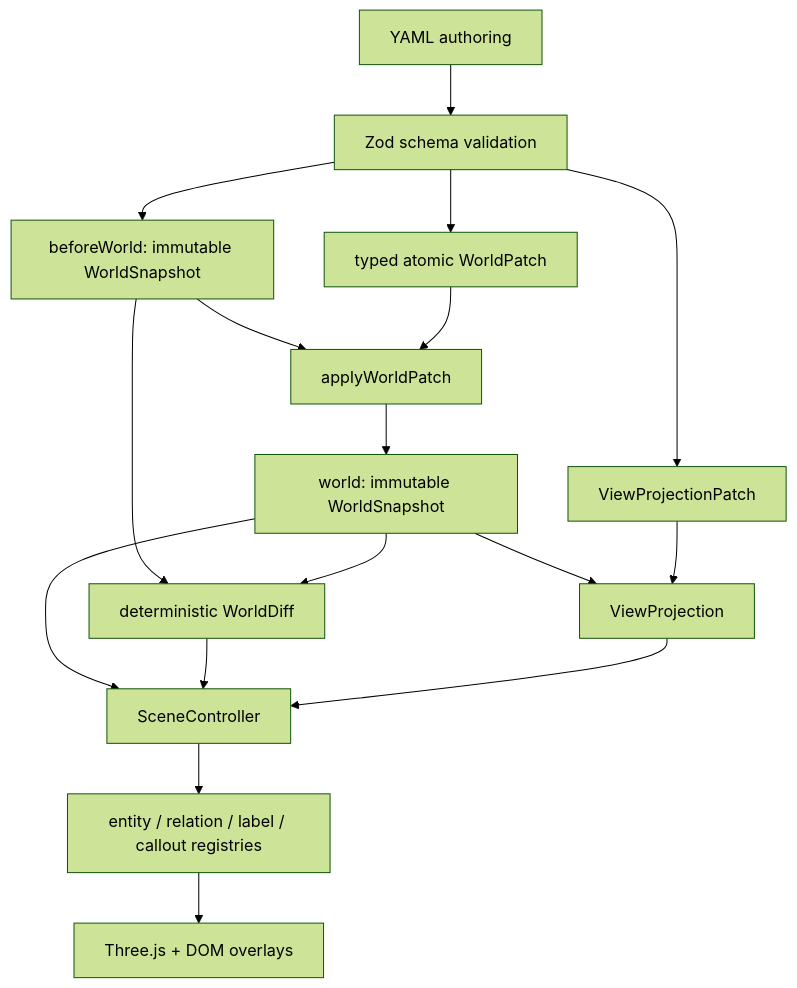
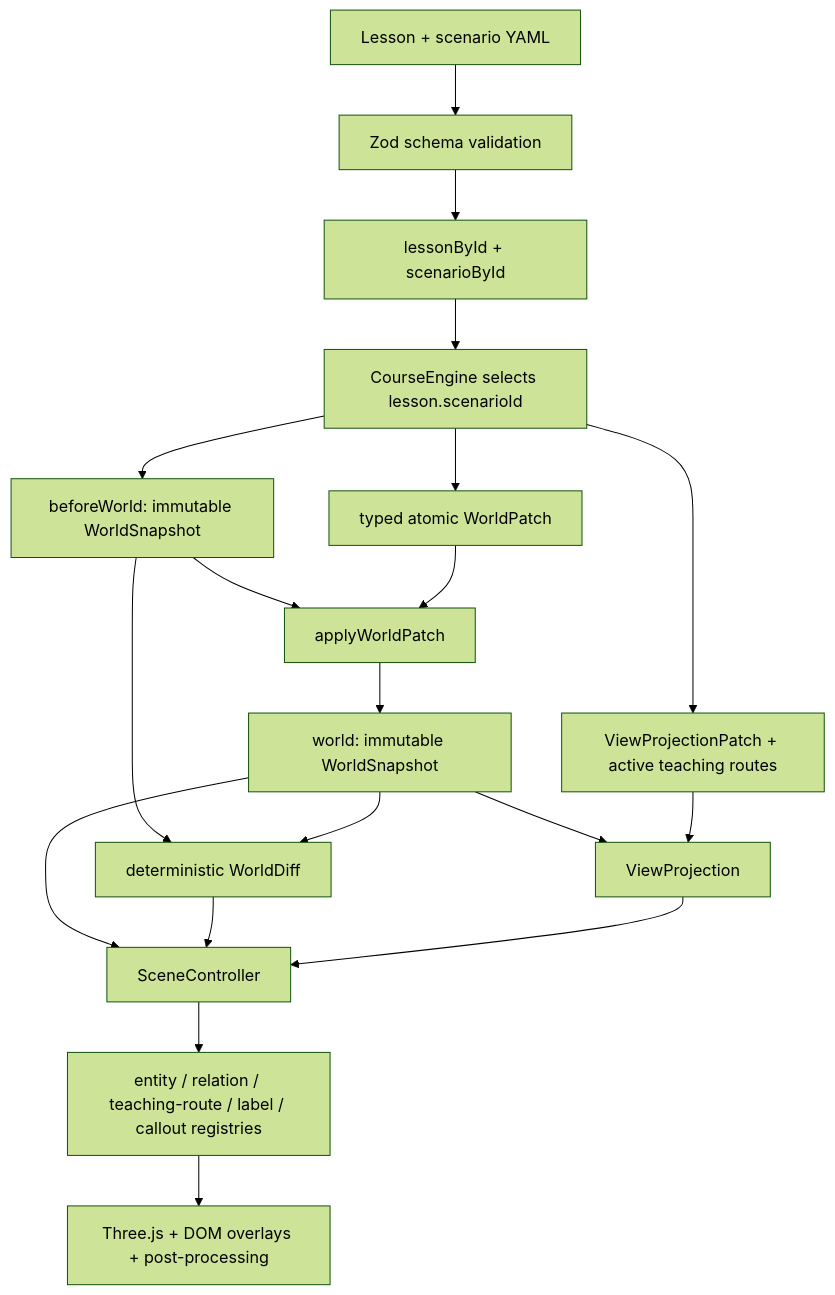
One commit to TANGBUDU/kubemotion-3d changed the diagram in docs/architecture.md. Above: the diagram before and after it, drawn with Mermaid (forest theme). The commit also changed other lines of this file and 13 other files, not shown here.

````diff
--- a/docs/architecture.md
+++ b/docs/architecture.md
@@ -3,19 +3,21 @@
 ```mermaid
 flowchart TD
-  Authoring["YAML authoring"] --> Schema["Zod schema validation"]
-  Schema --> Before["beforeWorld: immutable WorldSnapshot"]
-  Schema --> Patch["typed atomic WorldPatch"]
+  Authoring["Lesson + scenario YAML"] --> Schema["Zod schema validation"]
+  Schema --> Catalog["lessonById + scenarioById"]
+  Catalog --> Engine["CourseEngine selects lesson.scenarioId"]
+  Engine --> Before["beforeWorld: immutable WorldSnapshot"]
+  Engine --> Patch["typed atomic WorldPatch"]
   Before --> Apply["applyWorldPatch"]
   Patch --> Apply
   Apply --> World["world: immutable WorldSnapshot"]
   Before --> Diff["deterministic WorldDiff"]
   World --> Diff
-  Schema --> ViewPatch["ViewProjectionPatch"]
+  Engine --> ViewPatch["ViewProjectionPatch + active teaching routes"]
   World --> View["ViewProjection"]
   ViewPatch --> View
   World --> Scene["SceneController"]
   Diff --> Scene
   View --> Scene
-  Scene --> Registries["entity / relation / label / callout registries"]
-  Registries --> Three["Three.js + DOM overlays"]
+  Scene --> Registries["entity / relation / teaching-route / label / callout registries"]
+  Registries --> Three["Three.js + DOM overlays + post-processing"]
 ```
````
